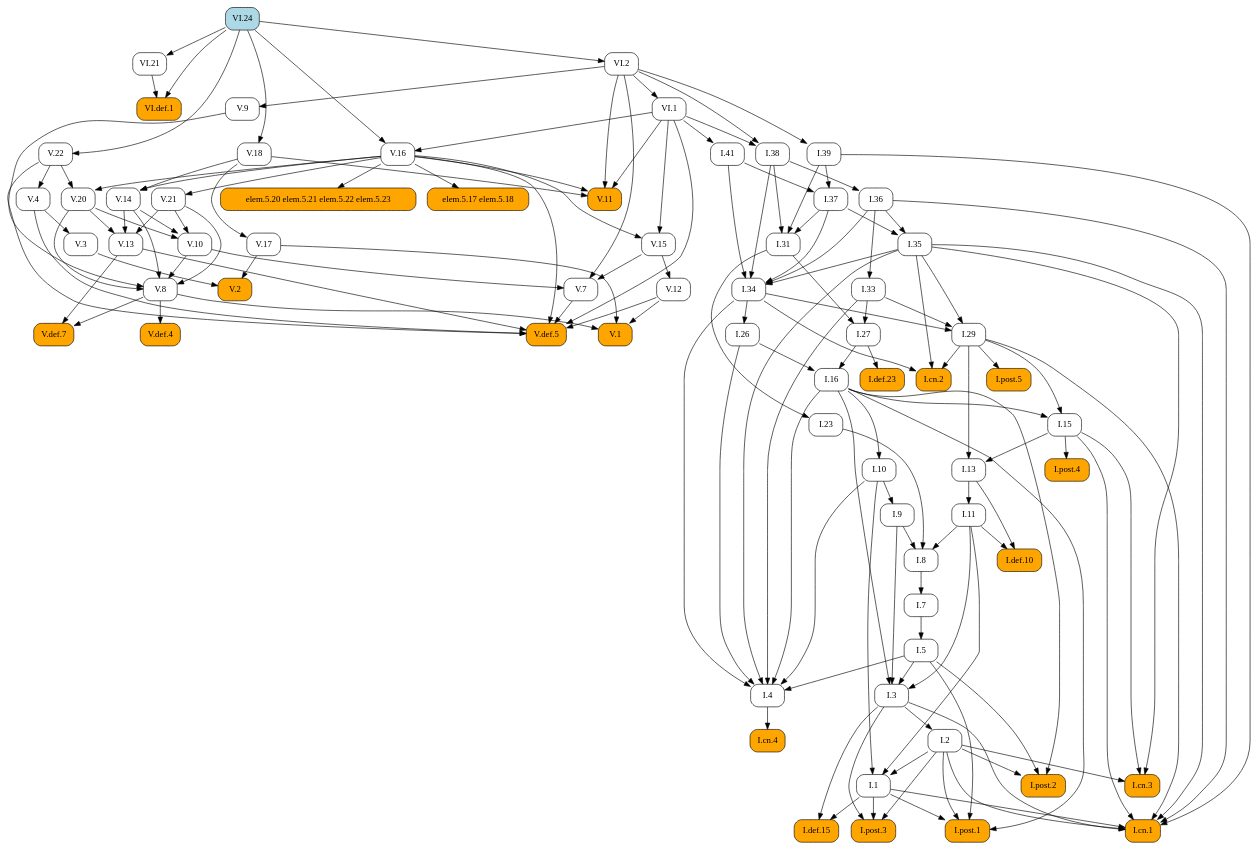
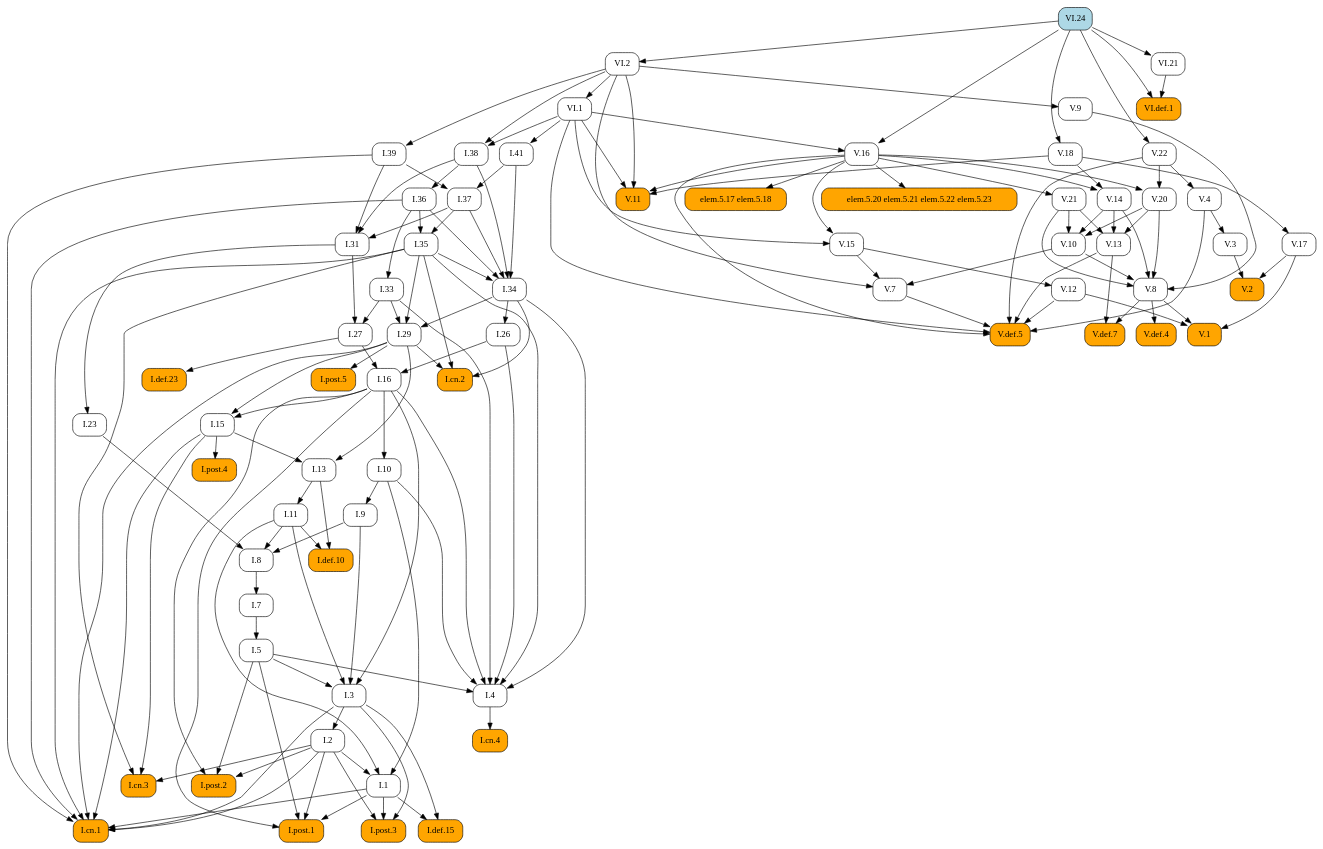
One commit to geometor/elements changed the diagram in docsrc/heath/VI/24/index.rst. Above: the diagram before and after it, drawn with Graphviz. The commit also changed other lines of this file and 484 other files, not shown here.

```diff
--- a/docsrc/heath/VI/24/index.rst
+++ b/docsrc/heath/VI/24/index.rst
@@ -122,81 +122,163 @@
    digraph {
      rankdir="TB";
      node [shape=box, style=rounded];
+     "I.23" [URL="/heath/I/23/", target="_top"];
+     "I.9" [URL="/heath/I/9/", target="_top"];
+     "VI.def.1" [style="rounded,filled", fillcolor=orange, URL="/heath/VI/def.1/", target="_top"];
+     "V.13" [URL="/heath/V/13/", target="_top"];
+     "I.def.15" [style="rounded,filled", fillcolor=orange, URL="/heath/I/def.15/", target="_top"];
+     "V.7" [URL="/heath/V/7/", target="_top"];
+     "elem.5.17 elem.5.18" [style="rounded,filled", fillcolor=orange];
+     "I.post.1" [style="rounded,filled", fillcolor=orange, URL="/heath/I/post.1/", target="_top"];
+     "V.14" [URL="/heath/V/14/", target="_top"];
+     "V.9" [URL="/heath/V/9/", target="_top"];
+     "I.31" [URL="/heath/I/31/", target="_top"];
+     "V.10" [URL="/heath/V/10/", target="_top"];
      "I.def.10" [style="rounded,filled", fillcolor=orange, URL="/heath/I/def.10/", target="_top"];
+     "V.4" [URL="/heath/V/4/", target="_top"];
+     "VI.1" [URL="/heath/VI/1/", target="_top"];
+     "I.39" [URL="/heath/I/39/", target="_top"];
+     "V.11" [style="rounded,filled", fillcolor=orange, URL="/heath/V/11/", target="_top"];
+     "V.17" [URL="/heath/V/17/", target="_top"];
+     "I.34" [URL="/heath/I/34/", target="_top"];
+     "I.3" [URL="/heath/I/3/", target="_top"];
+     "V.def.4" [style="rounded,filled", fillcolor=orange, URL="/heath/V/def.4/", target="_top"];
+     "V.def.7" [style="rounded,filled", fillcolor=orange, URL="/heath/V/def.7/", target="_top"];
+     "V.21" [URL="/heath/V/21/", target="_top"];
+     "I.2" [URL="/heath/I/2/", target="_top"];
+     "V.3" [URL="/heath/V/3/", target="_top"];
+     "I.13" [URL="/heath/I/13/", target="_top"];
+     "I.post.4" [style="rounded,filled", fillcolor=orange, URL="/heath/I/post.4/", target="_top"];
+     "I.4" [URL="/heath/I/4/", target="_top"];
+     "I.1" [URL="/heath/I/1/", target="_top"];
+     "I.8" [URL="/heath/I/8/", target="_top"];
+     "I.29" [URL="/heath/I/29/", target="_top"];
+     "I.38" [URL="/heath/I/38/", target="_top"];
+     "V.8" [URL="/heath/V/8/", target="_top"];
+     "VI.24" [style="rounded,filled", fillcolor=lightblue, URL="/heath/VI/24/", target="_top"];
+     "I.15" [URL="/heath/I/15/", target="_top"];
+     "I.10" [URL="/heath/I/10/", target="_top"];
      "I.11" [URL="/heath/I/11/", target="_top"];
-     "I.post.4" [style="rounded,filled", fillcolor=orange, URL="/heath/I/post.4/", target="_top"];
-     "I.1" [URL="/heath/I/1/", target="_top"];
+     "I.def.23" [style="rounded,filled", fillcolor=orange, URL="/heath/I/def.23/", target="_top"];
      "VI.21" [URL="/heath/VI/21/", target="_top"];
+     "I.26" [URL="/heath/I/26/", target="_top"];
+     "V.16" [URL="/heath/V/16/", target="_top"];
+     "I.33" [URL="/heath/I/33/", target="_top"];
+     "I.post.3" [style="rounded,filled", fillcolor=orange, URL="/heath/I/post.3/", target="_top"];
      "V.def.5" [style="rounded,filled", fillcolor=orange, URL="/heath/V/def.5/", target="_top"];
-     "V.13" [URL="/heath/V/13/", target="_top"];
-     "V.11" [style="rounded,filled", fillcolor=orange, URL="/heath/V/11/", target="_top"];
-     "I.post.3" [style="rounded,filled", fillcolor=orange, URL="/heath/I/post.3/", target="_top"];
-     "VI.1" [URL="/heath/VI/1/", target="_top"];
-     "I.cn.3" [style="rounded,filled", fillcolor=orange, URL="/heath/I/cn.3/", target="_top"];
-     "V.16" [URL="/heath/V/16/", target="_top"];
-     "V.3" [URL="/heath/V/3/", target="_top"];
-     "V.8" [URL="/heath/V/8/", target="_top"];
-     "I.36" [URL="/heath/I/36/", target="_top"];
-     "I.41" [URL="/heath/I/41/", target="_top"];
+     "V.20" [URL="/heath/V/20/", target="_top"];
      "I.27" [URL="/heath/I/27/", target="_top"];
-     "I.37" [URL="/heath/I/37/", target="_top"];
-     "I.34" [URL="/heath/I/34/", target="_top"];
-     "I.2" [URL="/heath/I/2/", target="_top"];
-     "I.def.23" [style="rounded,filled", fillcolor=orange, URL="/heath/I/def.23/", target="_top"];
-     "I.33" [URL="/heath/I/33/", target="_top"];
-     "I.post.2" [style="rounded,filled", fillcolor=orange, URL="/heath/I/post.2/", target="_top"];
-     "VI.def.1" [style="rounded,filled", fillcolor=orange, URL="/heath/VI/def.1/", target="_top"];
-     "elem.5.20 elem.5.21 elem.5.22 elem.5.23" [style="rounded,filled", fillcolor=orange];
-     "I.9" [URL="/heath/I/9/", target="_top"];
-     "V.def.4" [style="rounded,filled", fillcolor=orange, URL="/heath/V/def.4/", target="_top"];
-     "I.cn.4" [style="rounded,filled", fillcolor=orange, URL="/heath/I/cn.4/", target="_top"];
-     "I.15" [URL="/heath/I/15/", target="_top"];
-     "I.38" [URL="/heath/I/38/", target="_top"];
-     "V.def.7" [style="rounded,filled", fillcolor=orange, URL="/heath/V/def.7/", target="_top"];
-     "I.5" [URL="/heath/I/5/", target="_top"];
-     "V.21" [URL="/heath/V/21/", target="_top"];
-     "I.39" [URL="/heath/I/39/", target="_top"];
-     "I.26" [URL="/heath/I/26/", target="_top"];
-     "V.14" [URL="/heath/V/14/", target="_top"];
-     "I.29" [URL="/heath/I/29/", target="_top"];
-     "V.22" [URL="/heath/V/22/", target="_top"];
      "V.12" [URL="/heath/V/12/", target="_top"];
-     "I.cn.2" [style="rounded,filled", fillcolor=orange, URL="/heath/I/cn.2/", target="_top"];
-     "V.20" [URL="/heath/V/20/", target="_top"];
-     "V.10" [URL="/heath/V/10/", target="_top"];
-     "VI.2" [URL="/heath/VI/2/", target="_top"];
-     "I.def.15" [style="rounded,filled", fillcolor=orange, URL="/heath/I/def.15/", target="_top"];
-     "V.15" [URL="/heath/V/15/", target="_top"];
+     "V.2" [style="rounded,filled", fillcolor=orange, URL="/heath/V/2/", target="_top"];
      "I.cn.1" [style="rounded,filled", fillcolor=orange, URL="/heath/I/cn.1/", target="_top"];
-     "V.7" [URL="/heath/V/7/", target="_top"];
-     "V.18" [URL="/heath/V/18/", target="_top"];
-     "V.9" [URL="/heath/V/9/", target="_top"];
-     "I.23" [URL="/heath/I/23/", target="_top"];
-     "I.post.1" [style="rounded,filled", fillcolor=orange, URL="/heath/I/post.1/", target="_top"];
      "I.35" [URL="/heath/I/35/", target="_top"];
      "I.7" [URL="/heath/I/7/", target="_top"];
-     "I.3" [URL="/heath/I/3/", target="_top"];
-     "I.4" [URL="/heath/I/4/", target="_top"];
-     "V.17" [URL="/heath/V/17/", target="_top"];
-     "I.13" [URL="/heath/I/13/", target="_top"];
-     "V.4" [URL="/heath/V/4/", target="_top"];
-     "I.31" [URL="/heath/I/31/", target="_top"];
+     "I.36" [URL="/heath/I/36/", target="_top"];
+     "I.5" [URL="/heath/I/5/", target="_top"];
+     "I.37" [URL="/heath/I/37/", target="_top"];
+     "V.18" [URL="/heath/V/18/", target="_top"];
+     "I.cn.3" [style="rounded,filled", fillcolor=orange, URL="/heath/I/cn.3/", target="_top"];
+     "I.16" [URL="/heath/I/16/", target="_top"];
+     "V.22" [URL="/heath/V/22/", target="_top"];
      "V.1" [style="rounded,filled", fillcolor=orange, URL="/heath/V/1/", target="_top"];
-     "I.16" [URL="/heath/I/16/", target="_top"];
-     "VI.24" [style="rounded,filled", fillcolor=lightblue, URL="/heath/VI/24/", target="_top"];
-     "elem.5.17 elem.5.18" [style="rounded,filled", fillcolor=orange];
-     "I.8" [URL="/heath/I/8/", target="_top"];
-     "V.2" [style="rounded,filled", fillcolor=orange, URL="/heath/V/2/", target="_top"];
+     "I.cn.2" [style="rounded,filled", fillcolor=orange, URL="/heath/I/cn.2/", target="_top"];
      "I.post.5" [style="rounded,filled", fillcolor=orange, URL="/heath/I/post.5/", target="_top"];
-     "I.10" [URL="/heath/I/10/", target="_top"];
+     "VI.2" [URL="/heath/VI/2/", target="_top"];
+     "I.cn.4" [style="rounded,filled", fillcolor=orange, URL="/heath/I/cn.4/", target="_top"];
+     "V.15" [URL="/heath/V/15/", target="_top"];
+     "I.41" [URL="/heath/I/41/", target="_top"];
+     "I.post.2" [style="rounded,filled", fillcolor=orange, URL="/heath/I/post.2/", target="_top"];
+     "elem.5.20 elem.5.21 elem.5.22 elem.5.23" [style="rounded,filled", fillcolor=orange];
+     "I.31" -> "I.23";
+     "I.10" -> "I.9";
+     "VI.21" -> "VI.def.1";
+     "VI.24" -> "VI.def.1";
+     "V.14" -> "V.13";
+     "V.20" -> "V.13";
+     "V.21" -> "V.13";
+     "I.1" -> "I.def.15";
+     "I.3" -> "I.def.15";
+     "V.10" -> "V.7";
+     "V.15" -> "V.7";
+     "VI.2" -> "V.7";
+     "V.16" -> "elem.5.17 elem.5.18";
+     "I.1" -> "I.post.1";
+     "I.2" -> "I.post.1";
+     "I.5" -> "I.post.1";
+     "I.16" -> "I.post.1";
+     "V.16" -> "V.14";
+     "V.18" -> "V.14";
+     "VI.2" -> "V.9";
+     "I.37" -> "I.31";
+     "I.38" -> "I.31";
+     "I.39" -> "I.31";
+     "V.14" -> "V.10";
+     "V.20" -> "V.10";
+     "V.21" -> "V.10";
      "I.11" -> "I.def.10";
      "I.13" -> "I.def.10";
-     "I.13" -> "I.11";
+     "V.22" -> "V.4";
+     "VI.2" -> "VI.1";
+     "VI.2" -> "I.39";
+     "V.16" -> "V.11";
+     "V.18" -> "V.11";
+     "VI.1" -> "V.11";
+     "VI.2" -> "V.11";
+     "V.18" -> "V.17";
+     "I.35" -> "I.34";
+     "I.36" -> "I.34";
+     "I.37" -> "I.34";
+     "I.38" -> "I.34";
+     "I.41" -> "I.34";
+     "I.5" -> "I.3";
+     "I.9" -> "I.3";
+     "I.11" -> "I.3";
+     "I.16" -> "I.3";
+     "V.8" -> "V.def.4";
+     "V.8" -> "V.def.7";
+     "V.13" -> "V.def.7";
+     "V.16" -> "V.21";
+     "I.3" -> "I.2";
+     "V.4" -> "V.3";
+     "I.15" -> "I.13";
+     "I.29" -> "I.13";
      "I.15" -> "I.post.4";
+     "I.5" -> "I.4";
+     "I.10" -> "I.4";
+     "I.16" -> "I.4";
+     "I.26" -> "I.4";
+     "I.33" -> "I.4";
+     "I.34" -> "I.4";
+     "I.35" -> "I.4";
      "I.2" -> "I.1";
      "I.10" -> "I.1";
      "I.11" -> "I.1";
+     "I.9" -> "I.8";
+     "I.11" -> "I.8";
+     "I.23" -> "I.8";
+     "I.33" -> "I.29";
+     "I.34" -> "I.29";
+     "I.35" -> "I.29";
+     "VI.1" -> "I.38";
+     "VI.2" -> "I.38";
+     "V.9" -> "V.8";
+     "V.10" -> "V.8";
+     "V.14" -> "V.8";
+     "V.20" -> "V.8";
+     "V.21" -> "V.8";
+     "I.16" -> "I.15";
+     "I.29" -> "I.15";
+     "I.16" -> "I.10";
+     "I.13" -> "I.11";
+     "I.27" -> "I.def.23";
      "VI.24" -> "VI.21";
+     "I.34" -> "I.26";
+     "VI.1" -> "V.16";
+     "VI.24" -> "V.16";
+     "I.36" -> "I.33";
+     "I.1" -> "I.post.3";
+     "I.2" -> "I.post.3";
+     "I.3" -> "I.post.3";
      "V.4" -> "V.def.5";
      "V.7" -> "V.def.5";
      "V.12" -> "V.def.5";
@@ -204,81 +286,13 @@
      "V.16" -> "V.def.5";
      "V.22" -> "V.def.5";
      "VI.1" -> "V.def.5";
-     "V.14" -> "V.13";
-     "V.20" -> "V.13";
-     "V.21" -> "V.13";
-     "V.16" -> "V.11";
-     "V.18" -> "V.11";
-     "VI.1" -> "V.11";
-     "VI.2" -> "V.11";
-     "I.1" -> "I.post.3";
-     "I.2" -> "I.post.3";
-     "I.3" -> "I.post.3";
-     "VI.2" -> "VI.1";
-     "I.2" -> "I.cn.3";
-     "I.15" -> "I.cn.3";
-     "I.35" -> "I.cn.3";
-     "VI.1" -> "V.16";
-     "VI.24" -> "V.16";
-     "V.4" -> "V.3";
-     "V.9" -> "V.8";
-     "V.10" -> "V.8";
-     "V.14" -> "V.8";
-     "V.20" -> "V.8";
-     "V.21" -> "V.8";
-     "I.38" -> "I.36";
-     "VI.1" -> "I.41";
+     "V.16" -> "V.20";
+     "V.22" -> "V.20";
      "I.31" -> "I.27";
      "I.33" -> "I.27";
-     "I.39" -> "I.37";
-     "I.41" -> "I.37";
-     "I.35" -> "I.34";
-     "I.36" -> "I.34";
-     "I.37" -> "I.34";
-     "I.38" -> "I.34";
-     "I.41" -> "I.34";
-     "I.3" -> "I.2";
-     "I.27" -> "I.def.23";
-     "I.36" -> "I.33";
-     "I.2" -> "I.post.2";
-     "I.5" -> "I.post.2";
-     "I.16" -> "I.post.2";
-     "VI.21" -> "VI.def.1";
-     "VI.24" -> "VI.def.1";
-     "V.16" -> "elem.5.20 elem.5.21 elem.5.22 elem.5.23";
-     "I.10" -> "I.9";
-     "V.8" -> "V.def.4";
-     "I.4" -> "I.cn.4";
-     "I.16" -> "I.15";
-     "I.29" -> "I.15";
-     "VI.1" -> "I.38";
-     "VI.2" -> "I.38";
-     "V.8" -> "V.def.7";
-     "V.13" -> "V.def.7";
-     "I.7" -> "I.5";
-     "V.16" -> "V.21";
-     "VI.2" -> "I.39";
-     "I.34" -> "I.26";
-     "V.16" -> "V.14";
-     "V.18" -> "V.14";
-     "I.33" -> "I.29";
-     "I.34" -> "I.29";
-     "I.35" -> "I.29";
-     "VI.24" -> "V.22";
      "V.15" -> "V.12";
-     "I.29" -> "I.cn.2";
-     "I.34" -> "I.cn.2";
-     "I.35" -> "I.cn.2";
-     "V.16" -> "V.20";
-     "V.22" -> "V.20";
-     "V.14" -> "V.10";
-     "V.20" -> "V.10";
-     "V.21" -> "V.10";
-     "VI.24" -> "VI.2";
-     "I.1" -> "I.def.15";
-     "I.3" -> "I.def.15";
-     "V.16" -> "V.15";
-     "VI.1" -> "V.15";
+     "V.3" -> "V.2";
+     "V.17" -> "V.2";
      "I.1" -> "I.cn.1";
      "I.2" -> "I.cn.1";
      "I.3" -> "I.cn.1";
@@ -287,48 +301,34 @@
      "I.35" -> "I.cn.1";
      "I.36" -> "I.cn.1";
      "I.39" -> "I.cn.1";
-     "V.10" -> "V.7";
-     "V.15" -> "V.7";
-     "VI.2" -> "V.7";
-     "VI.24" -> "V.18";
-     "VI.2" -> "V.9";
-     "I.31" -> "I.23";
-     "I.1" -> "I.post.1";
-     "I.2" -> "I.post.1";
-     "I.5" -> "I.post.1";
-     "I.16" -> "I.post.1";
      "I.36" -> "I.35";
      "I.37" -> "I.35";
      "I.8" -> "I.7";
-     "I.5" -> "I.3";
-     "I.9" -> "I.3";
-     "I.11" -> "I.3";
-     "I.16" -> "I.3";
-     "I.5" -> "I.4";
-     "I.10" -> "I.4";
-     "I.16" -> "I.4";
-     "I.26" -> "I.4";
-     "I.33" -> "I.4";
-     "I.34" -> "I.4";
-     "I.35" -> "I.4";
-     "V.18" -> "V.17";
-     "I.15" -> "I.13";
-     "I.29" -> "I.13";
-     "V.22" -> "V.4";
-     "I.37" -> "I.31";
-     "I.38" -> "I.31";
-     "I.39" -> "I.31";
+     "I.38" -> "I.36";
+     "I.7" -> "I.5";
+     "I.39" -> "I.37";
+     "I.41" -> "I.37";
+     "VI.24" -> "V.18";
+     "I.2" -> "I.cn.3";
+     "I.15" -> "I.cn.3";
+     "I.35" -> "I.cn.3";
+     "I.26" -> "I.16";
+     "I.27" -> "I.16";
+     "VI.24" -> "V.22";
      "V.8" -> "V.1";
      "V.12" -> "V.1";
      "V.17" -> "V.1";
-     "I.26" -> "I.16";
-     "I.27" -> "I.16";
-     "V.16" -> "elem.5.17 elem.5.18";
-     "I.9" -> "I.8";
-     "I.11" -> "I.8";
-     "I.23" -> "I.8";
-     "V.3" -> "V.2";
-     "V.17" -> "V.2";
+     "I.29" -> "I.cn.2";
+     "I.34" -> "I.cn.2";
+     "I.35" -> "I.cn.2";
      "I.29" -> "I.post.5";
-     "I.16" -> "I.10";
+     "VI.24" -> "VI.2";
+     "I.4" -> "I.cn.4";
+     "V.16" -> "V.15";
+     "VI.1" -> "V.15";
+     "VI.1" -> "I.41";
+     "I.2" -> "I.post.2";
+     "I.5" -> "I.post.2";
+     "I.16" -> "I.post.2";
+     "V.16" -> "elem.5.20 elem.5.21 elem.5.22 elem.5.23";
    }
```
